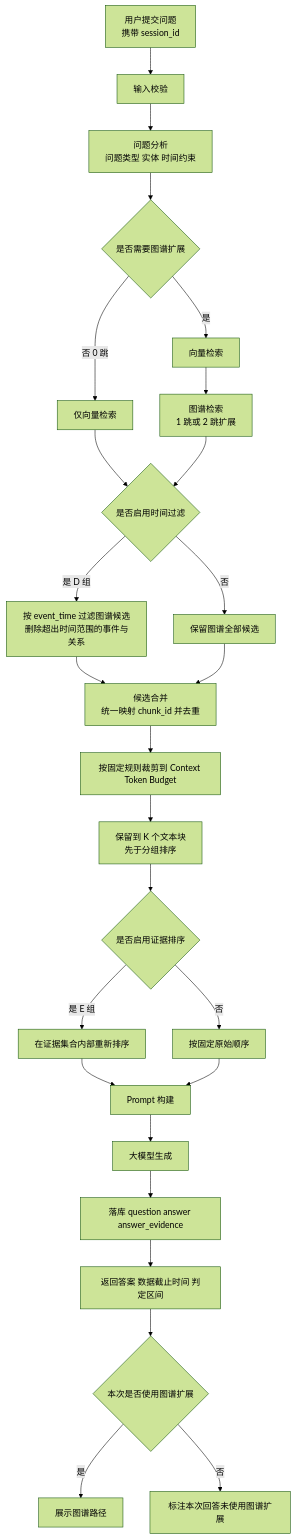
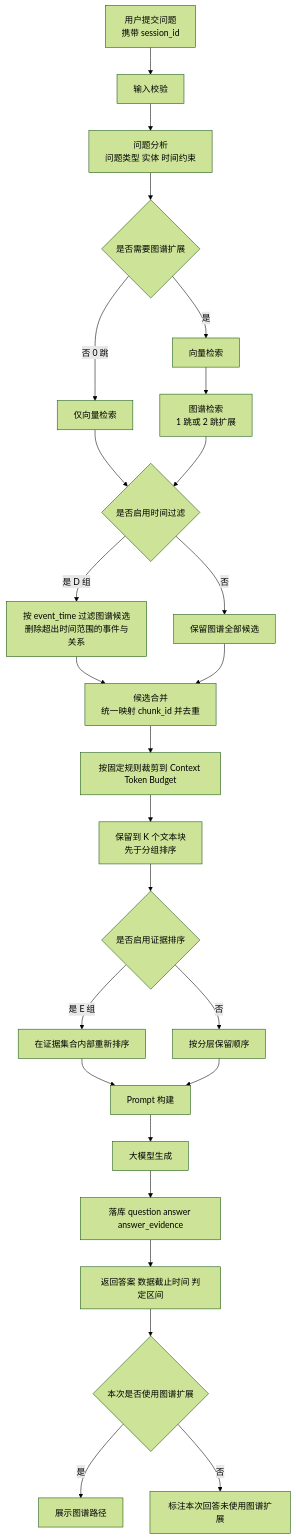
One commit to jincanW1130/Design-Implementation-of-A-share-Financial-QA-System-Using-Event-Knowledge-Graph-and-RAG changed the first of 2 diagrams in 阶段04-系统总体设计/_分节源文件/4.3-系统业务流程.md. Above: the diagram before and after it, drawn with Mermaid (forest theme). The commit also changed 29 other files, not shown here.

````diff
--- a/阶段04-系统总体设计/_分节源文件/4.3-系统业务流程.md
+++ b/阶段04-系统总体设计/_分节源文件/4.3-系统业务流程.md
@@ -9,28 +9,28 @@
 ```mermaid
 flowchart TB
     A["用户提交问题<br/>携带 session_id"] --> B["输入校验"]
     B --> C["问题分析<br/>问题类型 实体 时间约束"]
     C --> D{"是否需要图谱扩展"}
     D -->|否 0 跳| E1["仅向量检索"]
     D -->|是| E2["向量检索"]
     E2 --> F["图谱检索<br/>1 跳或 2 跳扩展"]
     E1 --> G{"是否启用时间过滤"}
     F --> G
     G -->|是 D 组| H1["按 event_time 过滤图谱候选<br/>删除超出时间范围的事件与关系"]
     G -->|否| H2["保留图谱全部候选"]
     H1 --> I["候选合并<br/>统一映射 chunk_id 并去重"]
     H2 --> I
     I --> J["按固定规则裁剪到 Context Token Budget"]
     J --> K["保留到 K 个文本块<br/>先于分组排序"]
     K --> L{"是否启用证据排序"}
     L -->|是 E 组| M1["在证据集合内部重新排序"]
-    L -->|否| M2["按固定原始顺序"]
+    L -->|否| M2["按分层保留顺序"]
     M1 --> N["Prompt 构建"]
     M2 --> N
     N --> O["大模型生成"]
     O --> P["落库 question answer answer_evidence"]
     P --> Q["返回答案 数据截止时间 判定区间"]
     Q --> R{"本次是否使用图谱扩展"}
     R -->|是| T1["展示图谱路径"]
     R -->|否| T2["标注本次回答未使用图谱扩展"]
 ```
````
